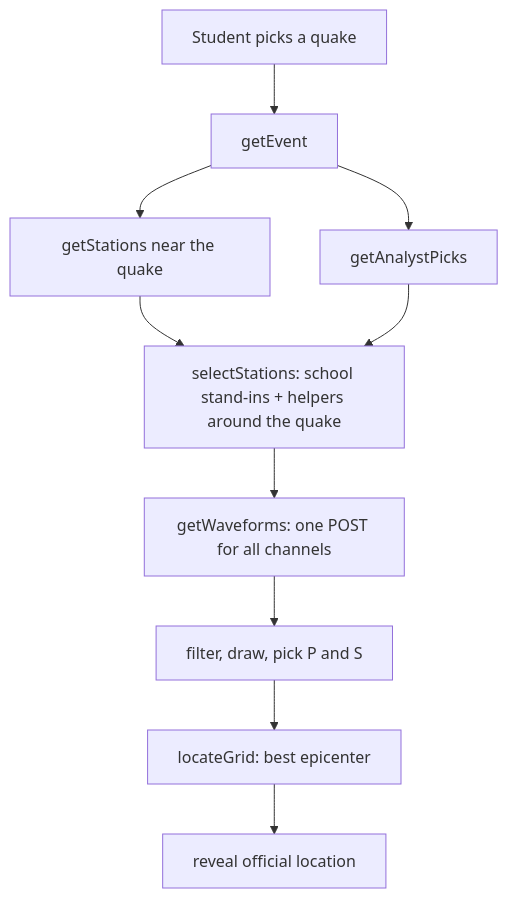
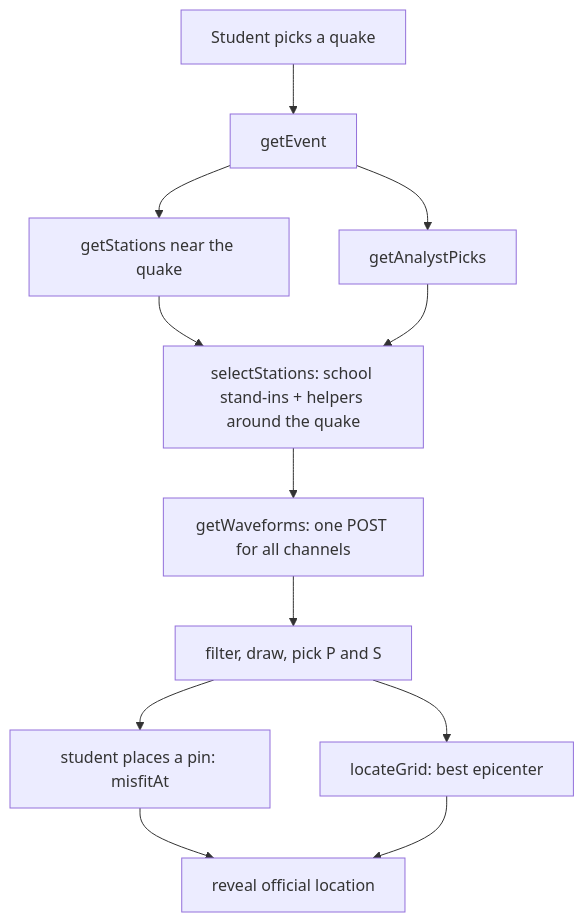
One commit to gus-p-williams/utahshake changed the diagram in docs/developers/architecture.md. Above: the diagram before and after it, drawn with Mermaid. The commit also changed other lines of this file and 27 other files, not shown here.

````diff
--- a/docs/developers/architecture.md
+++ b/docs/developers/architecture.md
@@ -42,12 +46,14 @@
 ```mermaid
 flowchart TD
   U[Student picks a quake] --> E[getEvent]
   E --> S[getStations near the quake]
   E --> A[getAnalystPicks]
   S --> C[selectStations: school stand-ins + helpers around the quake]
   A --> C
   C --> W[getWaveforms: one POST for all channels]
   W --> F[filter, draw, pick P and S]
+  F --> G[student places a pin: misfitAt]
   F --> L[locateGrid: best epicenter]
-  L --> R[reveal official location]
+  G --> R[reveal official location]
+  L --> R
 ```
````
